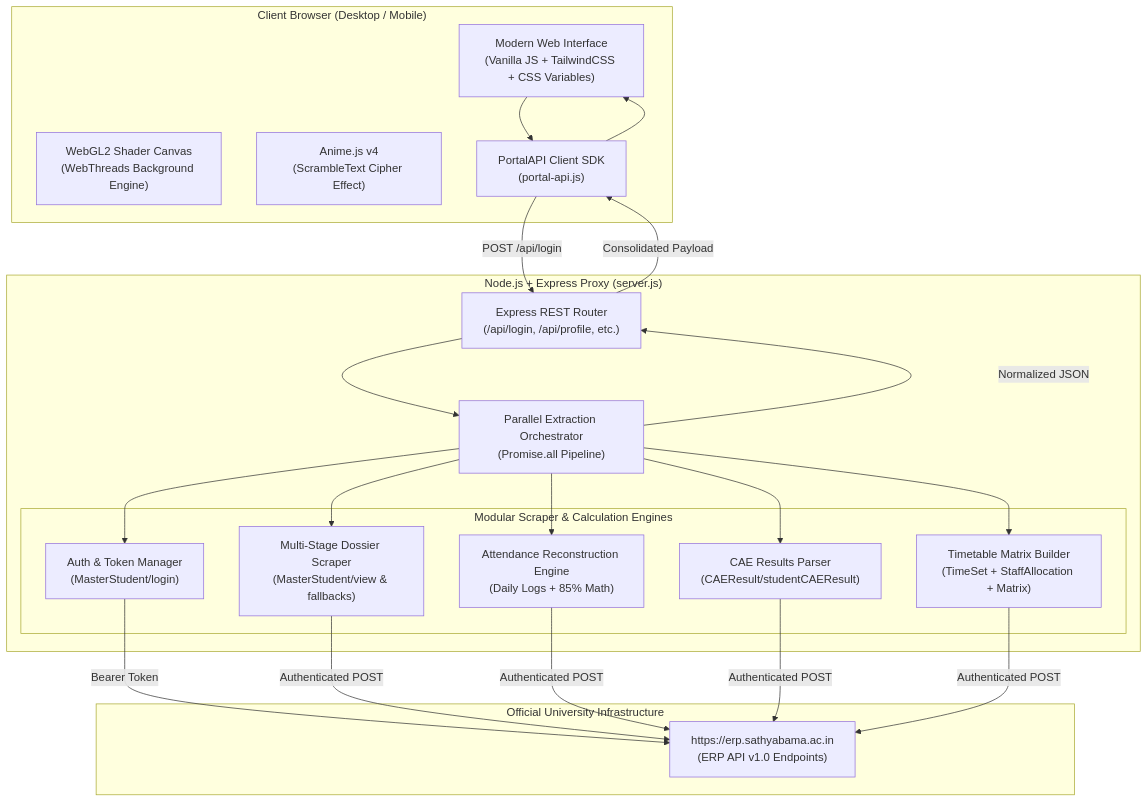
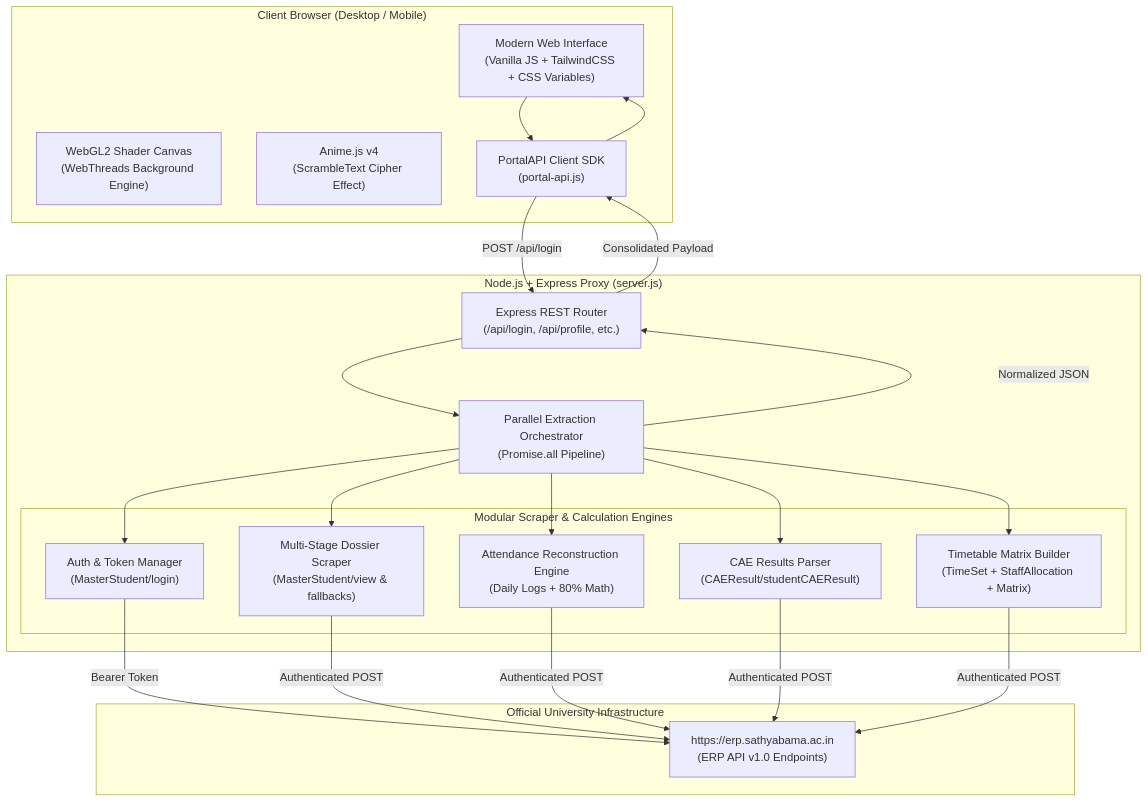
One commit to Gowtham-kun/SIST-ERP changed the diagram in README.md. Above: the diagram before and after it, drawn with Mermaid. The commit also changed other lines of this file and 1 other file, not shown here.

Commit message:
Update attendance clearance threshold to 80% across calculations, UI badges, and documentation

````diff
--- a/README.md
+++ b/README.md
@@ -48,37 +48,37 @@
 ```mermaid
 flowchart TD
     subgraph Client ["Client Browser (Desktop / Mobile)"]
         UI["Modern Web Interface\n(Vanilla JS + TailwindCSS + CSS Variables)"]
         WebGL["WebGL2 Shader Canvas\n(WebThreads Background Engine)"]
         Anime["Anime.js v4\n(ScrambleText Cipher Effect)"]
         API_Client["PortalAPI Client SDK\n(portal-api.js)"]
     end
 
     subgraph Backend ["Node.js + Express Proxy (server.js)"]
         Router["Express REST Router\n(/api/login, /api/profile, etc.)"]
         Orchestrator["Parallel Extraction Orchestrator\n(Promise.all Pipeline)"]
         
         subgraph Scrapers ["Modular Scraper & Calculation Engines"]
             AuthScraper["Auth & Token Manager\n(MasterStudent/login)"]
             ProfileScraper["Multi-Stage Dossier Scraper\n(MasterStudent/view & fallbacks)"]
-            AttScraper["Attendance Reconstruction Engine\n(Daily Logs + 85% Math)"]
+            AttScraper["Attendance Reconstruction Engine\n(Daily Logs + 80% Math)"]
             CAEScraper["CAE Results Parser\n(CAEResult/studentCAEResult)"]
             TTScraper["Timetable Matrix Builder\n(TimeSet + StaffAllocation + Matrix)"]
         end
     end
 
     subgraph University ["Official University Infrastructure"]
         ERP["https://erp.sathyabama.ac.in\n(ERP API v1.0 Endpoints)"]
     end
 
     UI --> API_Client
     API_Client -->|POST /api/login| Router
     Router --> Orchestrator
     Orchestrator --> AuthScraper
     AuthScraper -->|Bearer Token| ERP
     Orchestrator --> ProfileScraper & AttScraper & CAEScraper & TTScraper
     ProfileScraper & AttScraper & CAEScraper & TTScraper -->|Authenticated POST| ERP
     Orchestrator -->|Normalized JSON| Router
     Router -->|Consolidated Payload| API_Client
     API_Client --> UI
 ```
````
